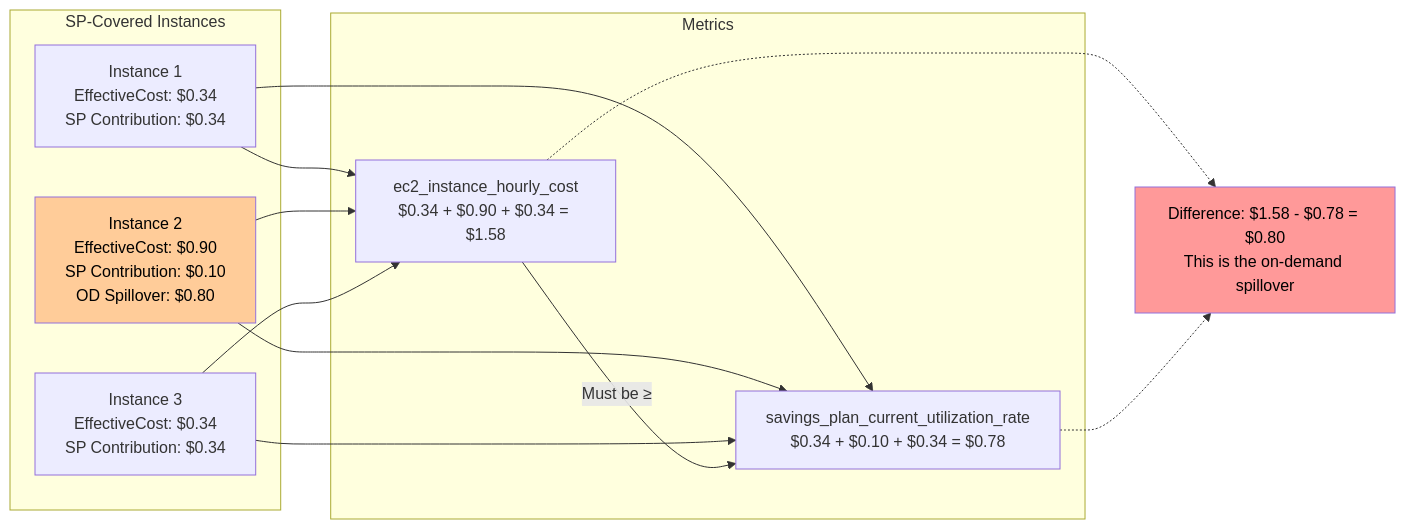
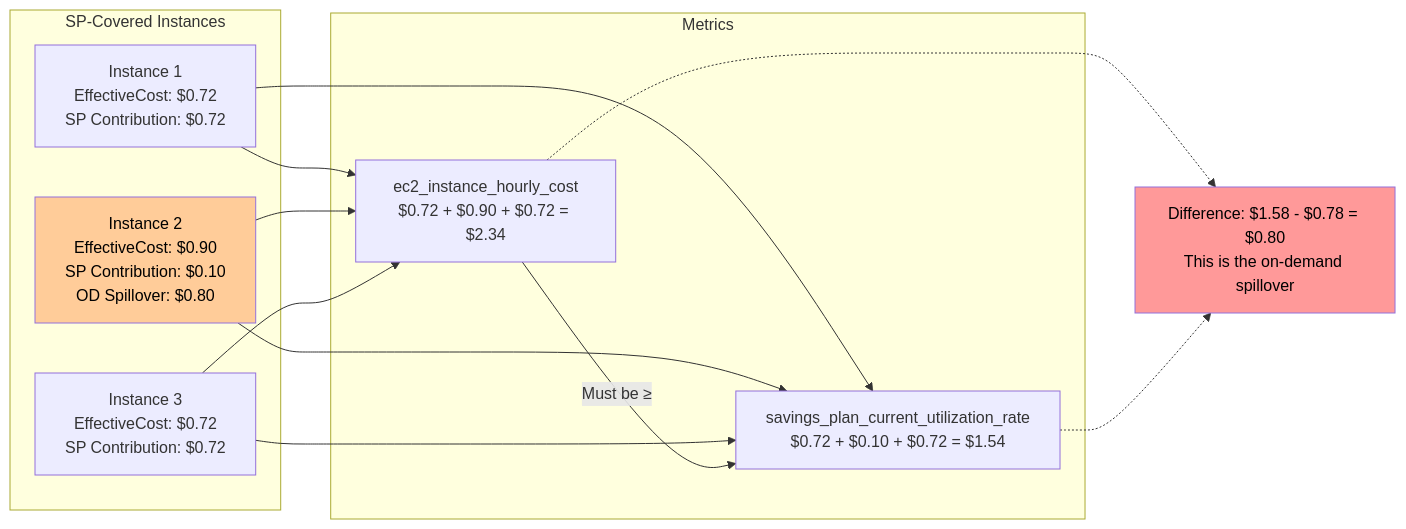
Before and after one commit to Nextdoor/lumina: the ninth of 9 diagrams in ALGORITHM.md, drawn with Mermaid. The commit also changed other lines of this file and 24 other files, not shown here.

````diff
--- a/ALGORITHM.md
+++ b/ALGORITHM.md
@@ -704,31 +820,31 @@
 ```mermaid
 graph LR
     subgraph "SP-Covered Instances"
-        I1[Instance 1<br/>EffectiveCost: $0.34<br/>SP Contribution: $0.34]
+        I1[Instance 1<br/>EffectiveCost: $0.72<br/>SP Contribution: $0.72]
         I2[Instance 2<br/>EffectiveCost: $0.90<br/>SP Contribution: $0.10<br/>OD Spillover: $0.80]
-        I3[Instance 3<br/>EffectiveCost: $0.34<br/>SP Contribution: $0.34]
+        I3[Instance 3<br/>EffectiveCost: $0.72<br/>SP Contribution: $0.72]
     end
 
     subgraph "Metrics"
-        M1[ec2_instance_hourly_cost<br/>$0.34 + $0.90 + $0.34 = $1.58]
-        M2[savings_plan_current_utilization_rate<br/>$0.34 + $0.10 + $0.34 = $0.78]
+        M1[ec2_instance_hourly_cost<br/>$0.72 + $0.90 + $0.72 = $2.34]
+        M2[savings_plan_current_utilization_rate<br/>$0.72 + $0.10 + $0.72 = $1.54]
     end
 
     I1 --> M1
     I2 --> M1
     I3 --> M1
 
     I1 --> M2
     I2 --> M2
     I3 --> M2
 
     M1 -->|Must be ≥| M2
 
     Diff[Difference: $1.58 - $0.78 = $0.80<br/>This is the on-demand spillover]
 
     M1 -.-> Diff
     M2 -.-> Diff
 
     style I2 fill:#ffcc99,color:#000
     style Diff fill:#ff9999,color:#000
 ```
````
